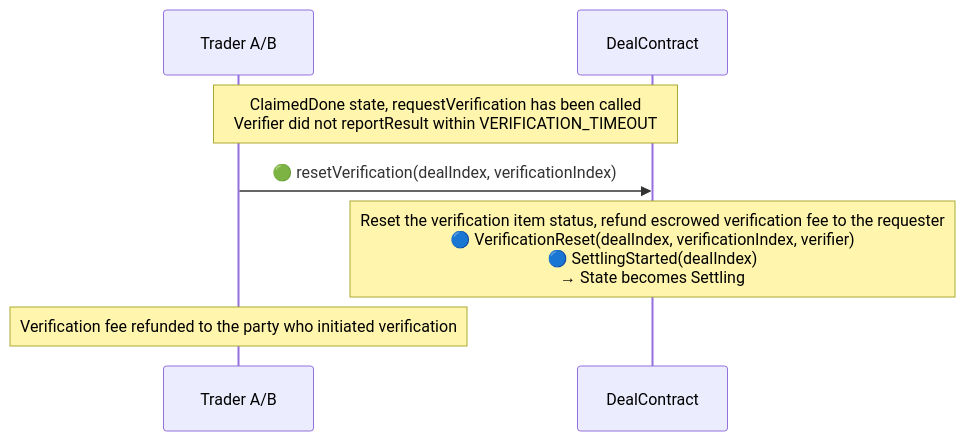
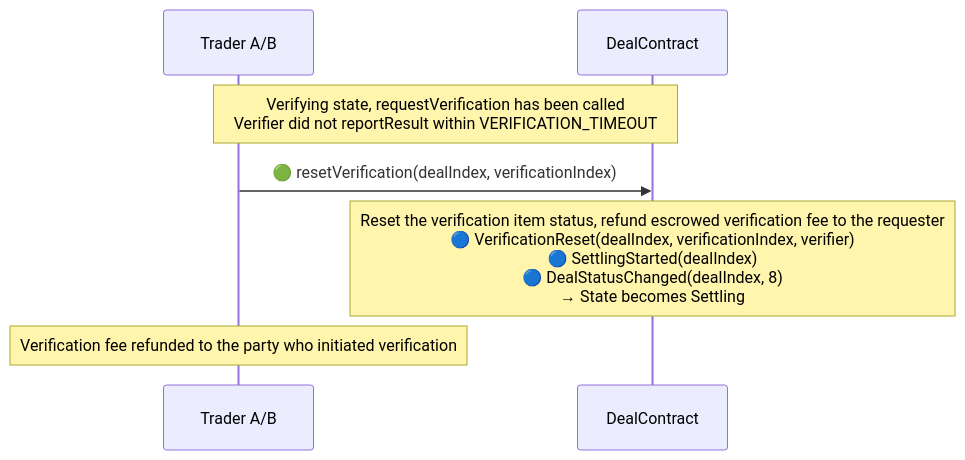
One commit to synctxai/synctx changed the sixth of 9 diagrams in examples/x-quote/x-quote-design.md. Above: the diagram before and after it, drawn with Mermaid. The commit also changed other lines of this file and 74 other files, not shown here.

````diff
--- a/examples/x-quote/x-quote-design.md
+++ b/examples/x-quote/x-quote-design.md
@@ -366,10 +387,10 @@
 ```mermaid
 sequenceDiagram
     participant AB as Trader A/B
     participant D as DealContract
 
-    Note over AB,D: ClaimedDone state, requestVerification has been called<br/>Verifier did not reportResult within VERIFICATION_TIMEOUT
+    Note over AB,D: Verifying state, requestVerification has been called<br/>Verifier did not reportResult within VERIFICATION_TIMEOUT
     AB->>D: 🟢 resetVerification(dealIndex, verificationIndex)
-    Note over D: Reset the verification item status, refund escrowed verification fee to the requester<br/>🔵 VerificationReset(dealIndex, verificationIndex, verifier)<br/>🔵 SettlingStarted(dealIndex)<br/>→ State becomes Settling
+    Note over D: Reset the verification item status, refund escrowed verification fee to the requester<br/>🔵 VerificationReset(dealIndex, verificationIndex, verifier)<br/>🔵 SettlingStarted(dealIndex)<br/>🔵 DealStatusChanged(dealIndex, 8)<br/>→ State becomes Settling
     Note over AB: Verification fee refunded to the party who initiated verification
 ```
````
